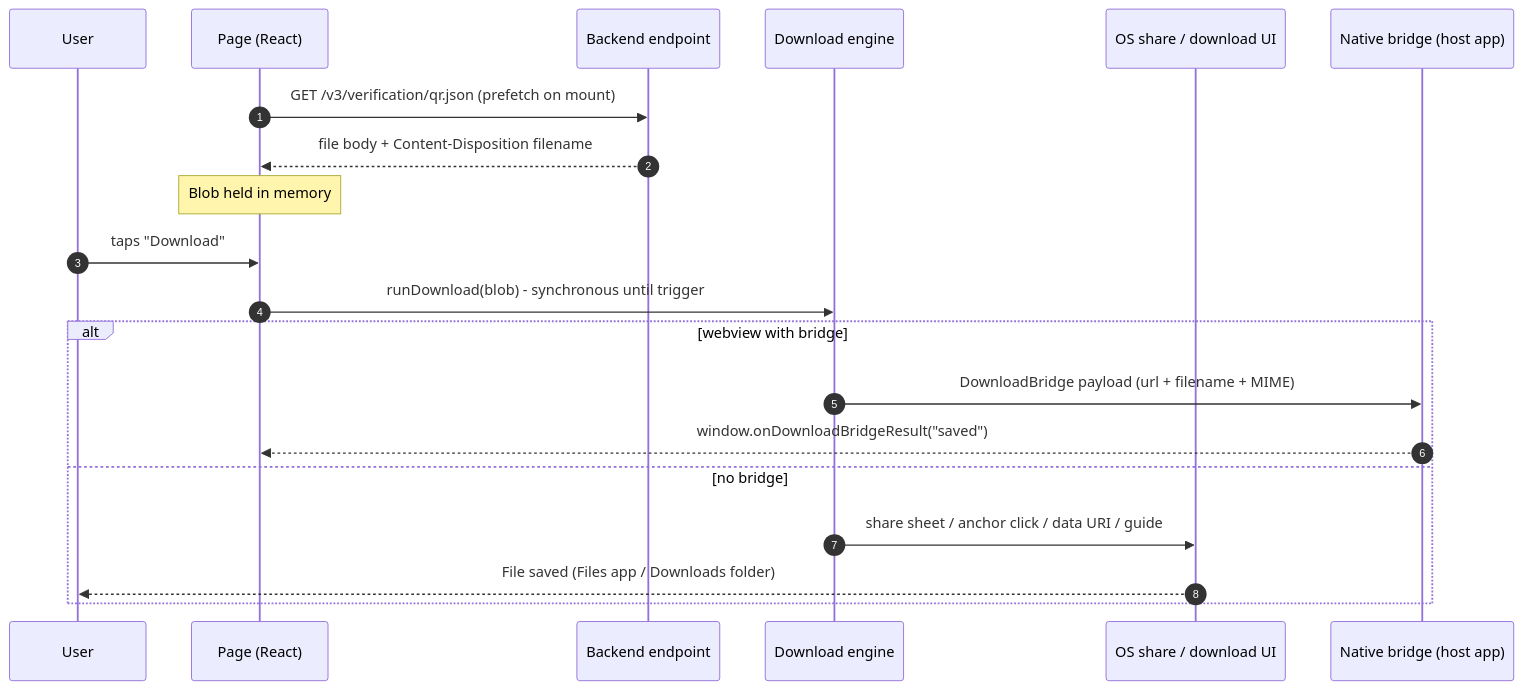
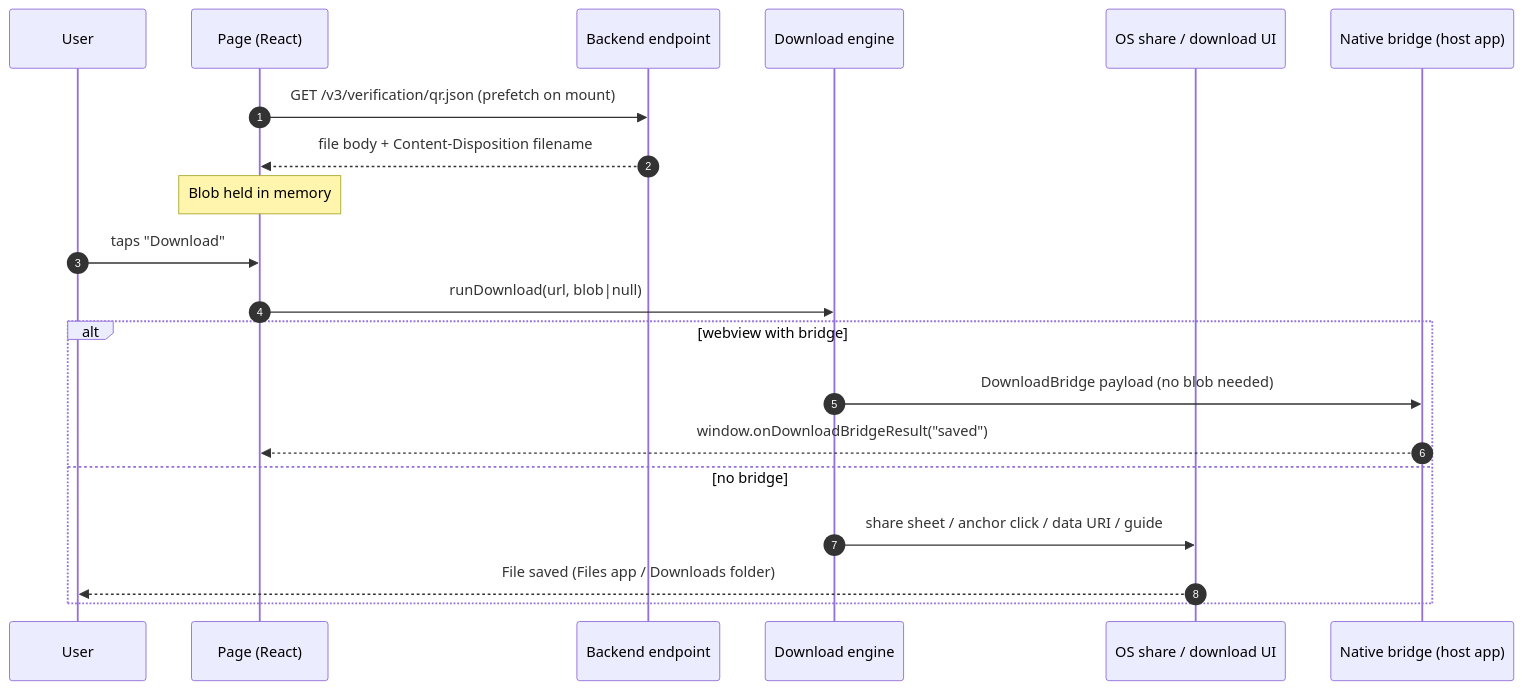
One commit to rakuya-khun/file-download-ios-simulation changed the third of 5 diagrams in docs/download-flow.md. Above: the diagram before and after it, drawn with Mermaid. The commit also changed other lines of this file and 25 other files, not shown here.

````diff
--- a/docs/download-flow.md
+++ b/docs/download-flow.md
@@ -73,23 +80,23 @@
 ```mermaid
 sequenceDiagram
     autonumber
     participant U as User
     participant P as Page (React)
     participant E as Backend endpoint
     participant G as Download engine
     participant OS as OS share / download UI
     participant N as Native bridge (host app)
 
     P->>E: GET /v3/verification/qr.json (prefetch on mount)
     E-->>P: file body + Content-Disposition filename
     Note over P: Blob held in memory
     U->>P: taps "Download"
-    P->>G: runDownload(blob) - synchronous until trigger
+    P->>G: runDownload(url, blob|null)
     alt webview with bridge
-        G->>N: DownloadBridge payload (url + filename + MIME)
+        G->>N: DownloadBridge payload (no blob needed)
         N-->>P: window.onDownloadBridgeResult("saved")
     else no bridge
         G->>OS: share sheet / anchor click / data URI / guide
         OS-->>U: File saved (Files app / Downloads folder)
     end
 ```
````
